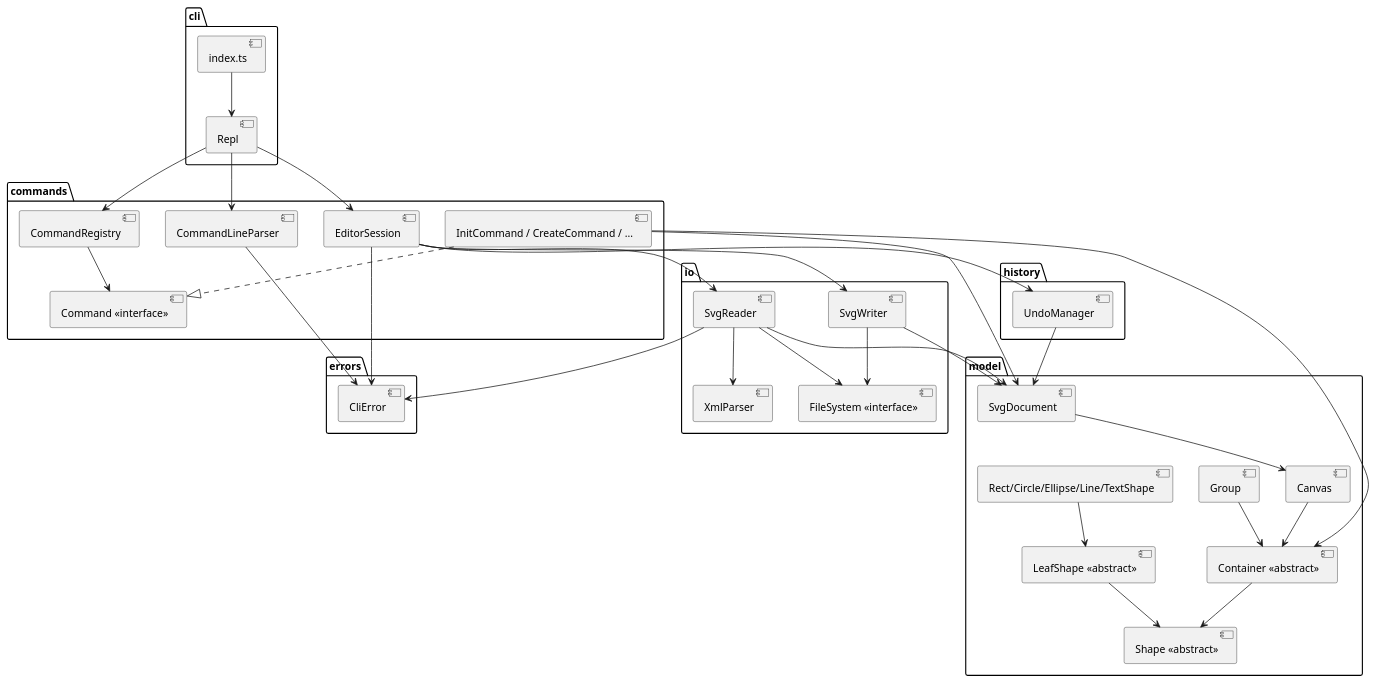
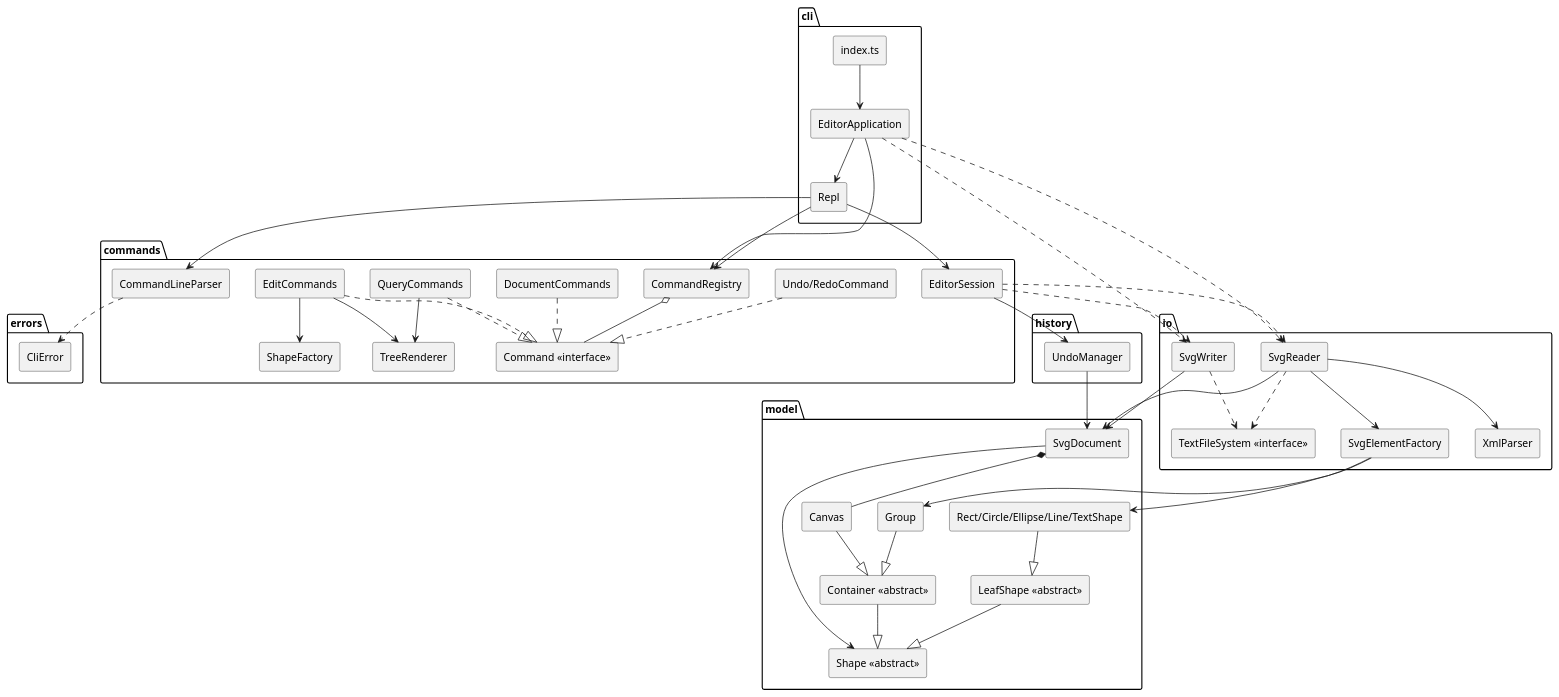
Before and after one commit to STAMONI/svg-editor-phase1: the diagram in doc/README.md, drawn with PlantUML. The commit also changed other lines of this file and 1 other file, not shown here.

````diff
--- a/doc/README.md
+++ b/doc/README.md
@@ -30,63 +41,82 @@
 ```plantuml
 @startuml
+skinparam componentStyle rectangle
+
 package "cli" {
+  [index.ts] as Entry
+  [EditorApplication] as App
   [Repl] as Repl
-  [index.ts] as Entry
 }
 package "commands" {
   [CommandLineParser] as Parser
   [CommandRegistry] as Registry
   [EditorSession] as Session
   [Command <<interface>>] as Cmd
-  [InitCommand / CreateCommand / ...] as ConcreteCmds
+  [DocumentCommands] as DocCmd
+  [EditCommands] as EditCmd
+  [QueryCommands] as QueryCmd
+  [Undo/RedoCommand] as HistCmd
+  [ShapeFactory] as Factory
+  [TreeRenderer] as Tree
 }
 package "history" {
   [UndoManager] as Undo
 }
 package "io" {
   [SvgReader] as Reader
   [SvgWriter] as Writer
-  [FileSystem <<interface>>] as FS
   [XmlParser] as Xml
+  [SvgElementFactory] as ElFactory
+  [TextFileSystem <<interface>>] as FS
 }
 package "model" {
   [SvgDocument] as Doc
   [Canvas] as Canvas
   [Shape <<abstract>>] as Shape
   [LeafShape <<abstract>>] as Leaf
   [Rect/Circle/Ellipse/Line/TextShape] as Leaves
   [Container <<abstract>>] as Container
   [Group] as Group
 }
 package "errors" {
   [CliError] as Err
 }
 
-Entry --> Repl
+Entry --> App
+App --> Repl
+App --> Registry
+App ..> Reader
+App ..> Writer
 Repl --> Parser
 Repl --> Registry
 Repl --> Session
-Registry --> Cmd
-ConcreteCmds ..|> Cmd
+Registry o-- Cmd
+DocCmd ..|> Cmd
+EditCmd ..|> Cmd
+QueryCmd ..|> Cmd
+HistCmd ..|> Cmd
+EditCmd --> Factory
+EditCmd --> Tree
+QueryCmd --> Tree
 Session --> Undo
-Session --> Reader
-Session --> Writer
-Reader --> Xml
-Reader --> FS
-Writer --> FS
+Session ..> Reader
+Session ..> Writer
+Undo --> Doc
 Reader --> Doc
 Writer --> Doc
-Undo --> Doc
-ConcreteCmds --> Doc
-ConcreteCmds --> Container
-Doc --> Canvas
-Canvas --> Container
-Container --> Shape
-Leaf --> Shape
-Leaves --> Leaf
-Group --> Container
-Parser --> Err
-Session --> Err
-Reader --> Err
+Reader --> Xml
+Reader --> ElFactory
+ElFactory --> Leaves
+ElFactory --> Group
+Reader ..> FS
+Writer ..> FS
+Doc *-- Canvas
+Canvas --|> Container
+Container --|> Shape
+Leaf --|> Shape
+Leaves --|> Leaf
+Group --|> Container
+Doc --> Shape
+Parser ..> Err
 @enduml
 ```
````
